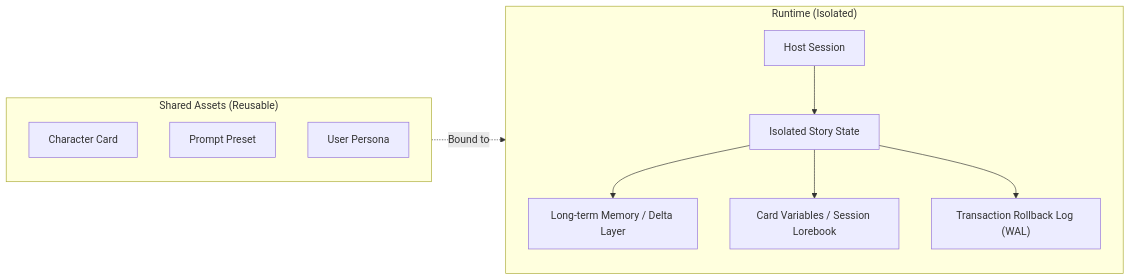
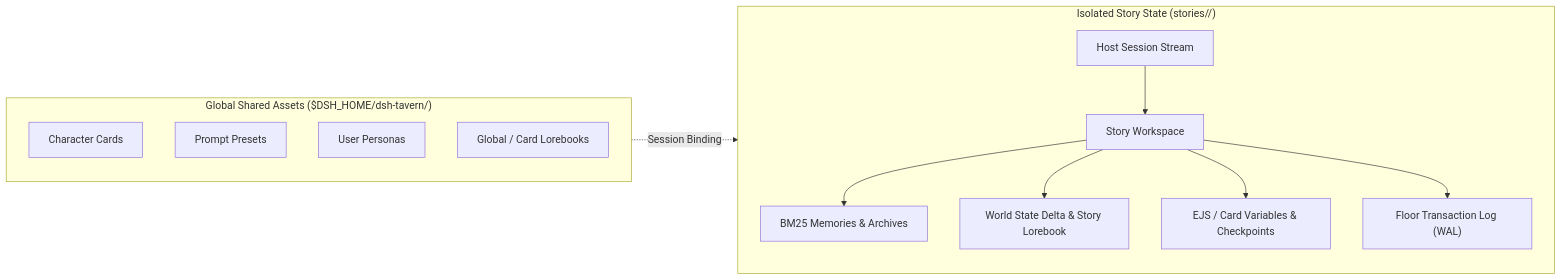
One commit to Amakurai/dsh-liketavern changed the diagram in README.en.md. Above: the diagram before and after it, drawn with Mermaid. The commit also changed other lines of this file and 1 other file, not shown here.

````diff
--- a/README.en.md
+++ b/README.en.md
@@ -53,17 +104,19 @@
 ```mermaid
 flowchart LR
-    subgraph Shared["Shared Assets (Reusable)"]
-        Card["Character Card"]
-        Preset["Prompt Preset"]
-        Persona["User Persona"]
+    subgraph Assets["Global Shared Assets ($DSH_HOME/dsh-tavern/)"]
+        Card["Character Cards"]
+        Preset["Prompt Presets"]
+        Persona["User Personas"]
+        GlobalWI["Global / Card Lorebooks"]
     end
 
-    subgraph Runtime["Runtime (Isolated)"]
-        Session["Host Session"] --> Story["Isolated Story State"]
-        Story --> Mem["Long-term Memory / Delta Layer"]
-        Story --> Vars["Card Variables / Session Lorebook"]
-        Story --> WAL["Transaction Rollback Log (WAL)"]
+    subgraph StoryScope["Isolated Story State (stories/<storyId>/)"]
+        Session["Host Session Stream"] --> Story["Story Workspace"]
+        Story --> Memory["BM25 Memories & Archives"]
+        Story --> Delta["World State Delta & Story Lorebook"]
+        Story --> Vars["EJS / Card Variables & Checkpoints"]
+        Story --> WAL["Floor Transaction Log (WAL)"]
     end
 
-    Shared -.->|"Bound to"| Runtime
+    Assets -.->|"Session Binding"| StoryScope
 ```
````
